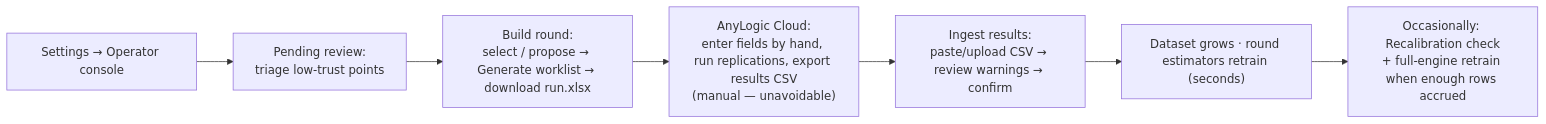
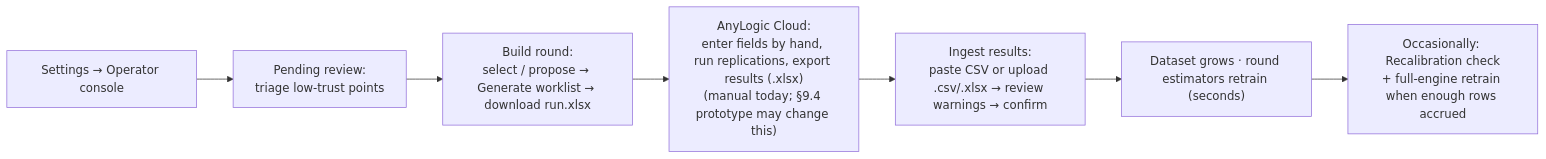
Before and after one commit to nilashree28-wq/NOLHC-ML-Engine: the third of 3 diagrams in docs/NOLHC_ML_Engine_Technical_Report.md, drawn with Mermaid. The commit also changed other lines of this file and 1 other file, not shown here.

````diff
--- a/docs/NOLHC_ML_Engine_Technical_Report.md
+++ b/docs/NOLHC_ML_Engine_Technical_Report.md
@@ -791,9 +809,9 @@
 ```mermaid
 flowchart LR
     A["Settings → Operator console"] --> B["Pending review:<br/>triage low-trust points"]
     B --> C["Build round:<br/>select / propose → Generate worklist → download run.xlsx"]
-    C --> D["AnyLogic Cloud:<br/>enter fields by hand, run replications, export results CSV<br/>(manual — unavoidable)"]
-    D --> E["Ingest results:<br/>paste/upload CSV → review warnings → confirm"]
+    C --> D["AnyLogic Cloud:<br/>enter fields by hand, run replications, export results (.xlsx)<br/>(manual today; §9.4 prototype may change this)"]
+    D --> E["Ingest results:<br/>paste CSV or upload .csv/.xlsx → review warnings → confirm"]
     E --> F["Dataset grows · round estimators retrain (seconds)"]
     F --> G["Occasionally: Recalibration check<br/>+ full-engine retrain when enough rows accrued"]
 ```
````
